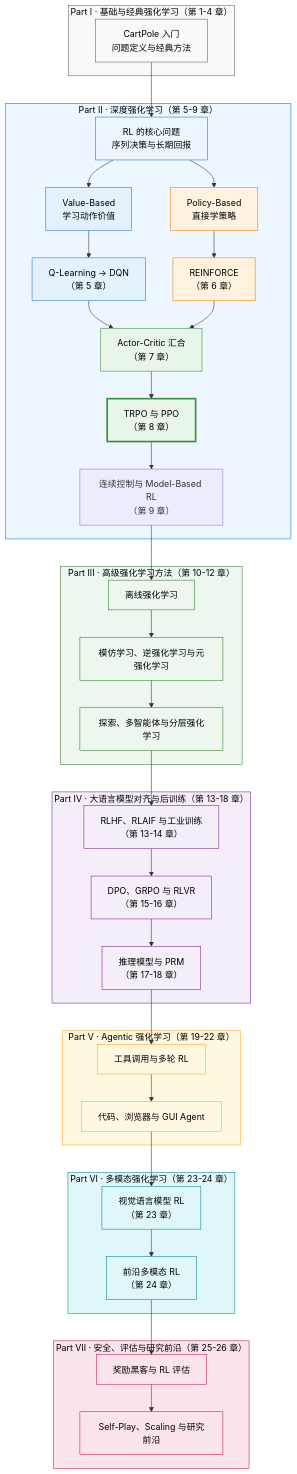
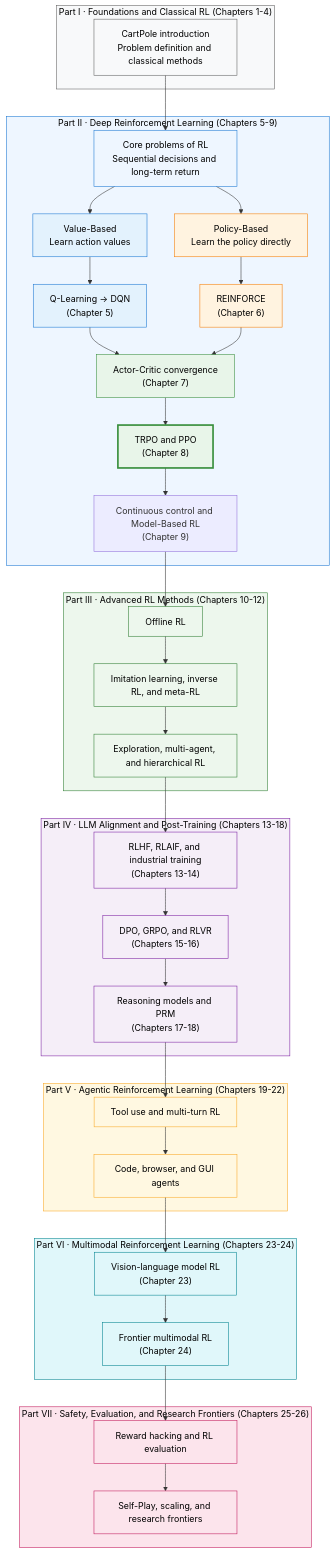
Before and after one commit to saisandeshk/hands-on-modern-rl-en: the diagram in docs/preface/introduction.md, drawn with Mermaid. The commit also changed other lines of this file and 909 other files, not shown here.

````diff
--- a/docs/preface/introduction.md
+++ b/docs/preface/introduction.md
@@ -286,75 +288,75 @@
 ```mermaid
 graph TD
-    subgraph P1["Part I · 基础与经典强化学习（第 1-4 章）"]
-        Q["CartPole 入门<br/>问题定义与经典方法"]
+    subgraph P1["Part I · Foundations and Classical RL (Chapters 1-4)"]
+        Q["CartPole introduction<br/>Problem definition and classical methods"]
     end
 
-    subgraph P2["Part II · 深度强化学习（第 5-9 章）"]
-        A["RL 的核心问题<br/>序列决策与长期回报"] --> B["Value-Based<br/>学习动作价值"]
-        A --> C["Policy-Based<br/>直接学策略"]
-        B --> D["Q-Learning → DQN<br/>（第 5 章）"]
-        C --> E["REINFORCE<br/>（第 6 章）"]
-        D --> F["Actor-Critic 汇合<br/>（第 7 章）"]
+    subgraph P2["Part II · Deep Reinforcement Learning (Chapters 5-9)"]
+        A["Core problems of RL<br/>Sequential decisions and long-term return"] --> B["Value-Based<br/>Learn action values"]
+        A --> C["Policy-Based<br/>Learn the policy directly"]
+        B --> D["Q-Learning → DQN<br/>(Chapter 5)"]
+        C --> E["REINFORCE<br/>(Chapter 6)"]
+        D --> F["Actor-Critic convergence<br/>(Chapter 7)"]
         E --> F
-        F --> G["TRPO 与 PPO<br/>（第 8 章）"]
-        G --> H["连续控制与 Model-Based RL<br/>（第 9 章）"]
+        F --> G["TRPO and PPO<br/>(Chapter 8)"]
+        G --> H["Continuous control and Model-Based RL<br/>(Chapter 9)"]
     end
 
-    subgraph P3["Part III · 高级强化学习方法（第 10-12 章）"]
-        I["离线强化学习"] --> J["模仿学习、逆强化学习与元强化学习"]
-        J --> K["探索、多智能体与分层强化学习"]
+    subgraph P3["Part III · Advanced RL Methods (Chapters 10-12)"]
+        I["Offline RL"] --> J["Imitation learning, inverse RL, and meta-RL"]
+        J --> K["Exploration, multi-agent, and hierarchical RL"]
     end
 
-    subgraph P4["Part IV · 大语言模型对齐与后训练（第 13-18 章）"]
-        L["RLHF、RLAIF 与工业训练<br/>（第 13-14 章）"] --> M["DPO、GRPO 与 RLVR<br/>（第 15-16 章）"]
-        M --> N["推理模型与 PRM<br/>（第 17-18 章）"]
+    subgraph P4["Part IV · LLM Alignment and Post-Training (Chapters 13-18)"]
+        L["RLHF, RLAIF, and industrial training<br/>(Chapters 13-14)"] --> M["DPO, GRPO, and RLVR<br/>(Chapters 15-16)"]
+        M --> N["Reasoning models and PRM<br/>(Chapters 17-18)"]
     end
 
-    subgraph P5["Part V · Agentic 强化学习（第 19-22 章）"]
-        O["工具调用与多轮 RL"] --> P["代码、浏览器与 GUI Agent"]
+    subgraph P5["Part V · Agentic Reinforcement Learning (Chapters 19-22)"]
+        O["Tool use and multi-turn RL"] --> P["Code, browser, and GUI agents"]
     end
 
-    subgraph P6["Part VI · 多模态强化学习（第 23-24 章）"]
-        R["视觉语言模型 RL<br/>（第 23 章）"] --> S["前沿多模态 RL<br/>（第 24 章）"]
+    subgraph P6["Part VI · Multimodal Reinforcement Learning (Chapters 23-24)"]
+        R["Vision-language model RL<br/>(Chapter 23)"] --> S["Frontier multimodal RL<br/>(Chapter 24)"]
     end
 
-    subgraph P7["Part VII · 安全、评估与研究前沿（第 25-26 章）"]
-        T["奖励黑客与 RL 评估"] --> U["Self-Play、Scaling 与研究前沿"]
+    subgraph P7["Part VII · Safety, Evaluation, and Research Frontiers (Chapters 25-26)"]
+        T["Reward hacking and RL evaluation"] --> U["Self-Play, scaling, and research frontiers"]
     end
 
     Q --> A
     H --> I
     K --> L
     N --> O
     P --> R
     S --> T
 
     style P1 fill:#f8f9fa,stroke:#616161,color:#000
     style P2 fill:#eef6ff,stroke:#1976d2,color:#000
     style P3 fill:#edf7ed,stroke:#2e7d32,color:#000
     style P4 fill:#f5eef8,stroke:#7b1fa2,color:#000
     style P5 fill:#fff8e1,stroke:#f9a825,color:#000
     style P6 fill:#e0f7fa,stroke:#00838f,color:#000
     style P7 fill:#fce4ec,stroke:#c2185b,color:#000
     style Q fill:#f8f9fa,stroke:#616161,color:#000
     style A fill:#eef6ff,stroke:#1976d2,color:#000
     style B fill:#e3f2fd,stroke:#1976d2,color:#000
     style D fill:#e3f2fd,stroke:#1976d2,color:#000
     style C fill:#fff3e0,stroke:#f57c00,color:#000
     style E fill:#fff3e0,stroke:#f57c00,color:#000
     style F fill:#e8f5e9,stroke:#388e3c,color:#000
     style G fill:#e8f5e9,stroke:#388e3c,stroke-width:3px,color:#000
     style I fill:#edf7ed,stroke:#2e7d32,color:#000
     style J fill:#edf7ed,stroke:#2e7d32,color:#000
     style K fill:#edf7ed,stroke:#2e7d32,color:#000
     style L fill:#f5eef8,stroke:#7b1fa2,color:#000
     style M fill:#f5eef8,stroke:#7b1fa2,color:#000
     style N fill:#f5eef8,stroke:#7b1fa2,color:#000
     style O fill:#fff8e1,stroke:#f9a825,color:#000
     style P fill:#fff8e1,stroke:#f9a825,color:#000
     style R fill:#e0f7fa,stroke:#00838f,color:#000
     style S fill:#e0f7fa,stroke:#00838f,color:#000
     style T fill:#fce4ec,stroke:#c2185b,color:#000
     style U fill:#fce4ec,stroke:#c2185b,color:#000
 
 ```
````
